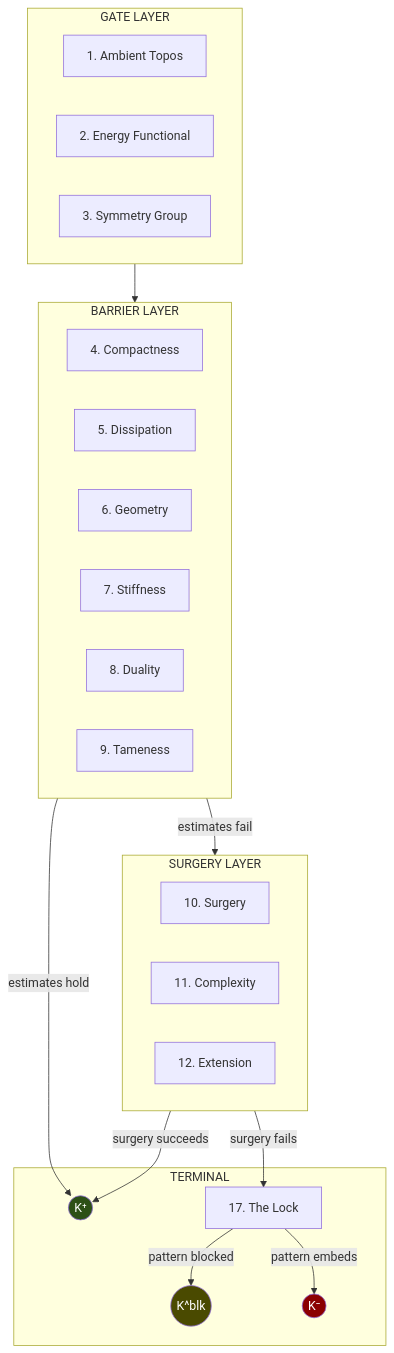
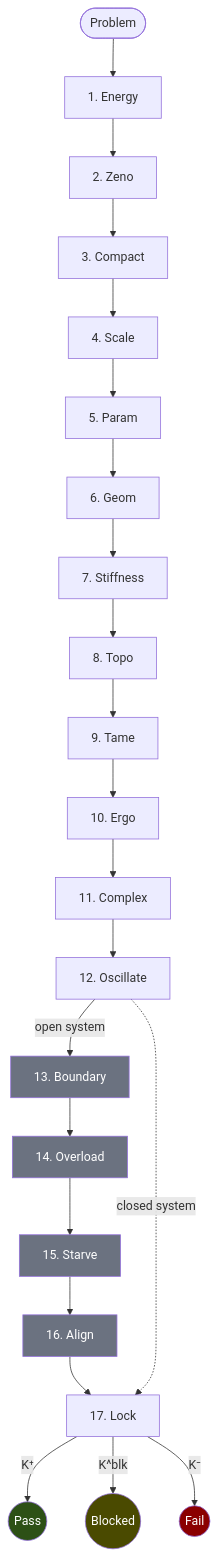
Before and after one commit to Guillemdb/hypostructure: the first of 2 diagrams in docs/index.md, drawn with Mermaid. The commit also changed other lines of this file, not shown here.

Commit message:
Fix sieve high level diagram

````diff
--- a/docs/index.md
+++ b/docs/index.md
@@ -113,42 +113,36 @@
 ```mermaid
 flowchart TB
-    subgraph GATE["GATE LAYER"]
-        N1[1. Ambient Topos]
-        N2[2. Energy Functional]
-        N3[3. Symmetry Group]
-    end
+    INPUT(["Problem"])
+    INPUT --> N1[1. Energy]
+    N1 --> N2[2. Zeno]
+    N2 --> N3[3. Compact]
+    N3 --> N4[4. Scale]
+    N4 --> N5[5. Param]
+    N5 --> N6[6. Geom]
+    N6 --> N7[7. Stiffness]
+    N7 --> N8[8. Topo]
+    N8 --> N9[9. Tame]
+    N9 --> N10[10. Ergo]
+    N10 --> N11[11. Complex]
+    N11 --> N12[12. Oscillate]
 
-    subgraph BARRIER["BARRIER LAYER"]
-        N4[4. Compactness]
-        N5[5. Dissipation]
-        N6[6. Geometry]
-        N7[7. Stiffness]
-        N8[8. Duality]
-        N9[9. Tameness]
-    end
+    N12 -->|"open system"| N13[13. Boundary]
+    N13 --> N14[14. Overload]
+    N14 --> N15[15. Starve]
+    N15 --> N16[16. Align]
+    N16 --> N17[17. Lock]
 
-    subgraph SURGERY["SURGERY LAYER"]
-        N10[10. Surgery]
-        N11[11. Complexity]
-        N12[12. Extension]
-    end
+    N12 -.->|"closed system"| N17
 
-    subgraph TERMINAL["TERMINAL"]
-        N17[17. The Lock]
-        PASS((K⁺))
-        FAIL((K⁻))
-        BLOCK((K^blk))
-    end
-
-    GATE --> BARRIER
-    BARRIER -->|"estimates hold"| PASS
-    BARRIER -->|"estimates fail"| SURGERY
-    SURGERY -->|"surgery succeeds"| PASS
-    SURGERY -->|"surgery fails"| N17
-    N17 -->|"pattern blocked"| BLOCK
-    N17 -->|"pattern embeds"| FAIL
+    N17 -->|"K⁺"| PASS((Pass))
+    N17 -->|"K^blk"| BLOCK((Blocked))
+    N17 -->|"K⁻"| FAIL((Fail))
 
     style PASS fill:#2d5016,color:#fff
     style FAIL fill:#8b0000,color:#fff
     style BLOCK fill:#4a4a00,color:#fff
+    style N13 fill:#6b7280,color:#fff
+    style N14 fill:#6b7280,color:#fff
+    style N15 fill:#6b7280,color:#fff
+    style N16 fill:#6b7280,color:#fff
 ```
````
